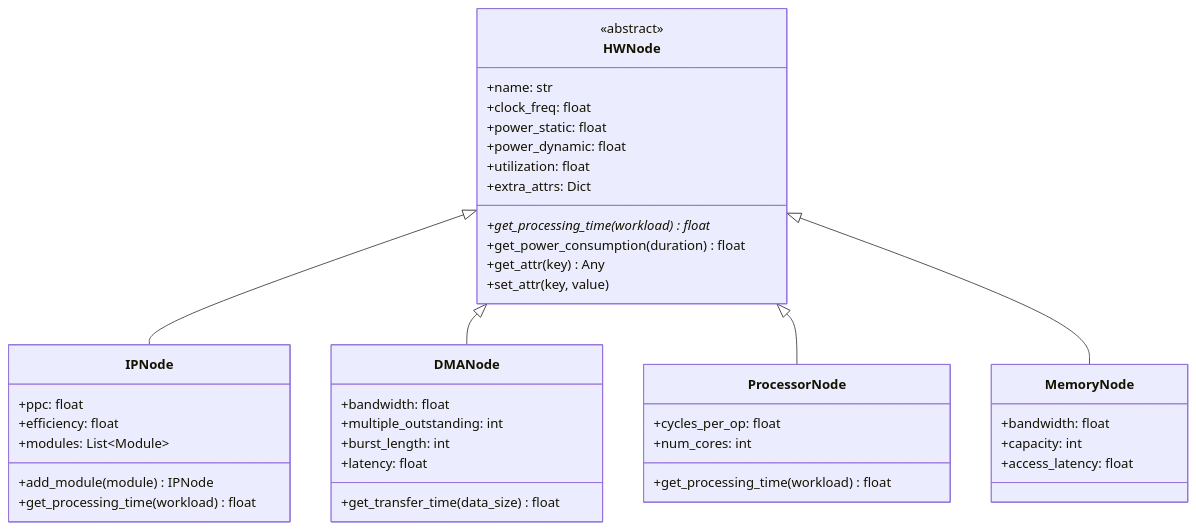
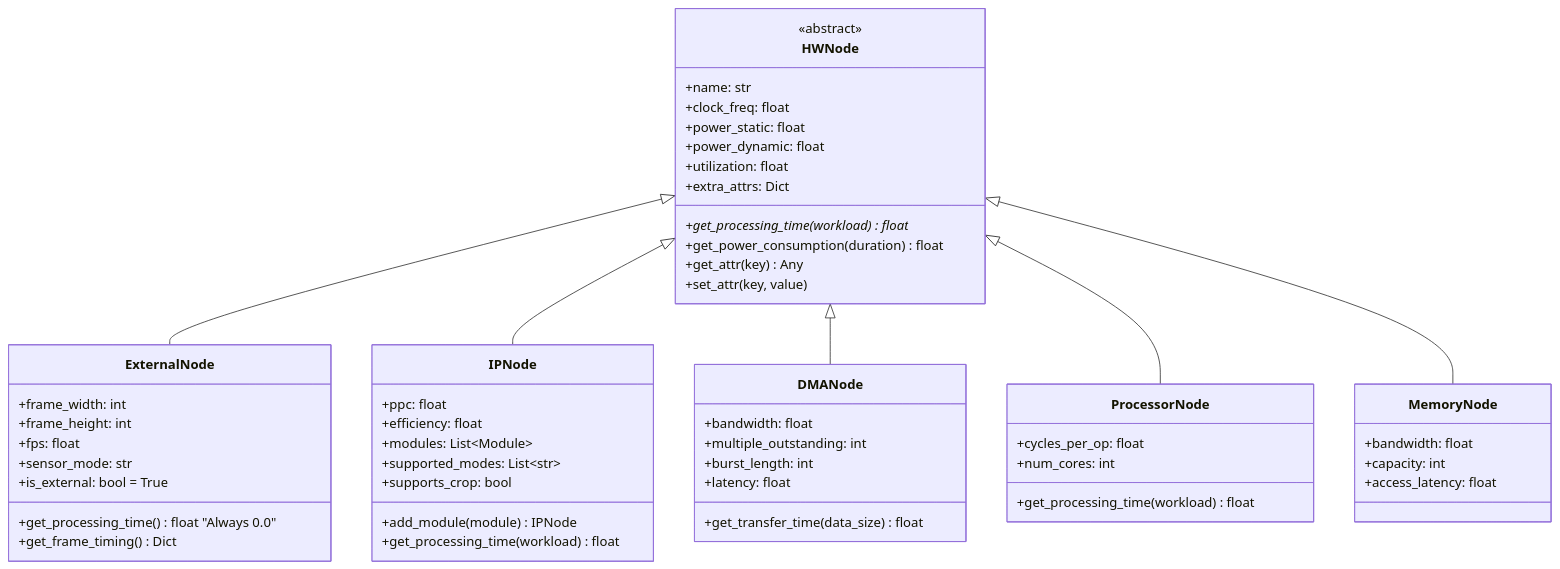
The third of 9 diagrams in DESIGN.md (younghwan78/IP_Scenario_Simulator), drawn with Mermaid before and after one commit. The commit also changed other lines of this file and 7 other files, not shown here.

First line of the commit message:
feat: Add ExternalNode, IP mode, crop size support

````diff
--- a/DESIGN.md
+++ b/DESIGN.md
@@ -116,49 +116,62 @@
 ```mermaid
 classDiagram
     class HWNode {
         <<abstract>>
         +name: str
         +clock_freq: float
         +power_static: float
         +power_dynamic: float
         +utilization: float
         +extra_attrs: Dict
         +get_processing_time(workload)* float
         +get_power_consumption(duration) float
         +get_attr(key) Any
         +set_attr(key, value)
     }
     
+    class ExternalNode {
+        +frame_width: int
+        +frame_height: int
+        +fps: float
+        +sensor_mode: str
+        +is_external: bool = True
+        +get_processing_time() float "Always 0.0"
+        +get_frame_timing() Dict
+    }
+    
     class IPNode {
         +ppc: float
         +efficiency: float
         +modules: List~Module~
+        +supported_modes: List~str~
+        +supports_crop: bool
         +add_module(module) IPNode
         +get_processing_time(workload) float
     }
     
     class DMANode {
         +bandwidth: float
         +multiple_outstanding: int
         +burst_length: int
         +latency: float
         +get_transfer_time(data_size) float
     }
     
     class ProcessorNode {
         +cycles_per_op: float
         +num_cores: int
         +get_processing_time(workload) float
     }
     
     class MemoryNode {
         +bandwidth: float
         +capacity: int
         +access_latency: float
     }
     
+    HWNode <|-- ExternalNode
     HWNode <|-- IPNode
     HWNode <|-- DMANode
     HWNode <|-- ProcessorNode
     HWNode <|-- MemoryNode
 ```
````
